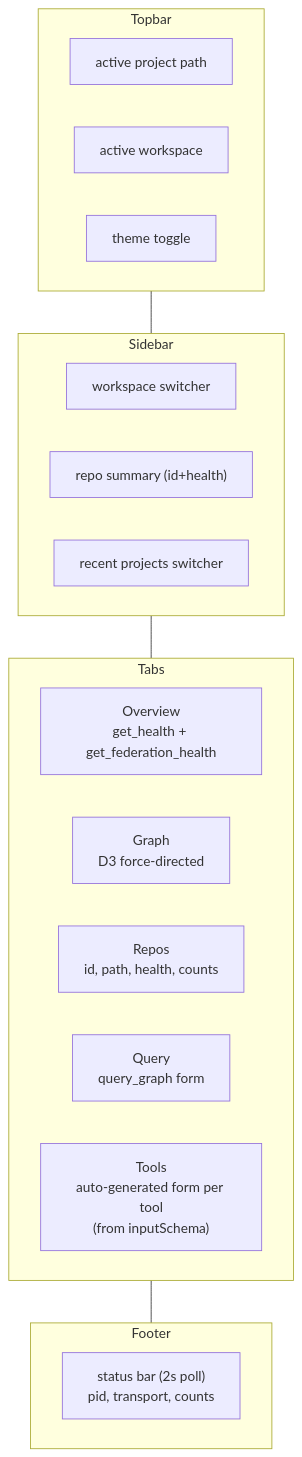
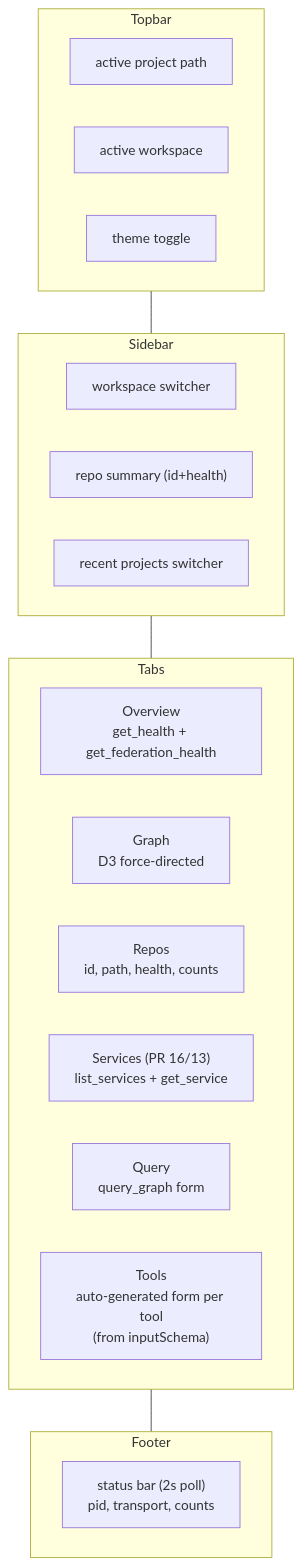
Before and after one commit to spuentesp/lain: the second of 2 diagrams in docs/command-center.md, drawn with Mermaid. The commit also changed other lines of this file and 6 other files, not shown here.

````diff
--- a/docs/command-center.md
+++ b/docs/command-center.md
@@ -84,30 +84,31 @@
 ```mermaid
 flowchart TB
     subgraph TOP["Topbar"]
         PROJ["active project path"]
         WS["active workspace"]
         TH2["theme toggle"]
     end
 
     subgraph SIDE["Sidebar"]
         WSSW["workspace switcher"]
         REPOSW["repo summary (id+health)"]
         RECENT["recent projects switcher"]
     end
 
     subgraph TABS["Tabs"]
         OVW["Overview<br/>get_health + get_federation_health"]
         GRAPH["Graph<br/>D3 force-directed"]
         REPOSTAB["Repos<br/>id, path, health, counts"]
+        SERVICES["Services (PR 16/13)<br/>list_services + get_service"]
         Q["Query<br/>query_graph form"]
         TOOLS["Tools<br/>auto-generated form per tool<br/>(from inputSchema)"]
     end
 
     subgraph FOOT["Footer"]
         SB["status bar (2s poll)<br/>pid, transport, counts"]
     end
 
     TOP --- SIDE
     SIDE --- TABS
     TABS --- FOOT
 ```
````
